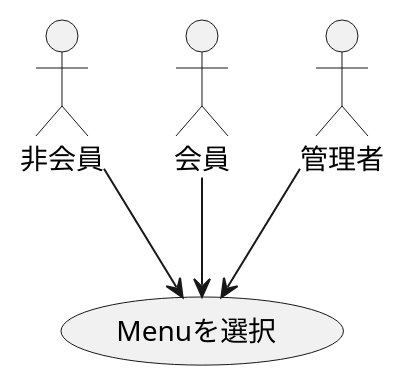
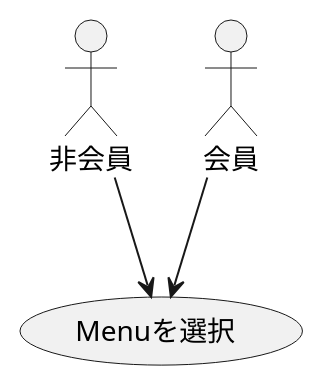
One commit to ahyaemon/bancha_books changed the diagram in sphinx/system_requirement/page/all/home_menu/index.rst. Above: the diagram before and after it, drawn with PlantUML. The commit also changed other lines of this file and 37 other files, not shown here.

```diff
--- a/sphinx/system_requirement/page/all/home_menu/index.rst
+++ b/sphinx/system_requirement/page/all/home_menu/index.rst
@@ -6,11 +6,9 @@
 .. uml::
 
   actor :非会員: as Non
   actor :会員: as General
-  actor :管理者: as Admin
   
   (Menuを選択) as (Select Menu)
 
   Non --> (Select Menu)
   General --> (Select Menu)
-  Admin --> (Select Menu)
```
